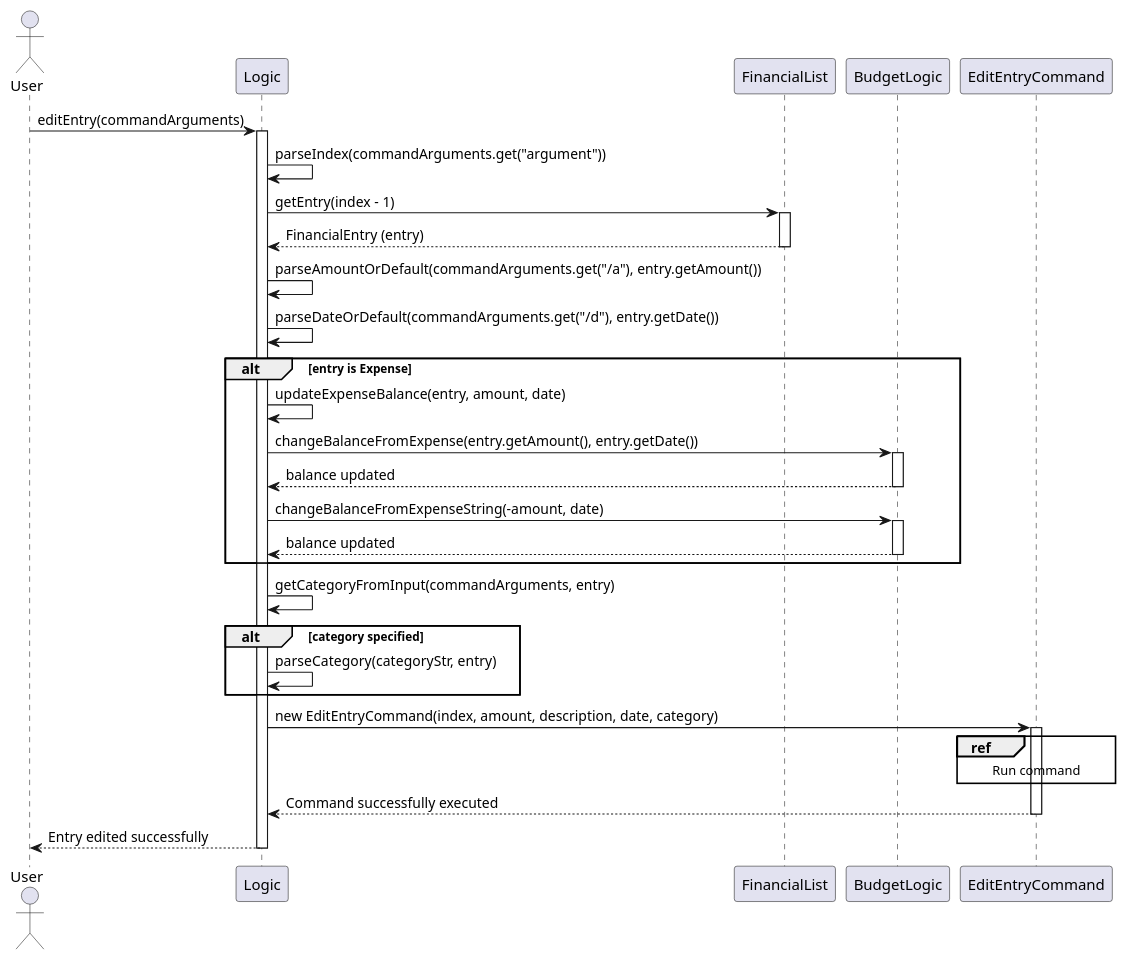
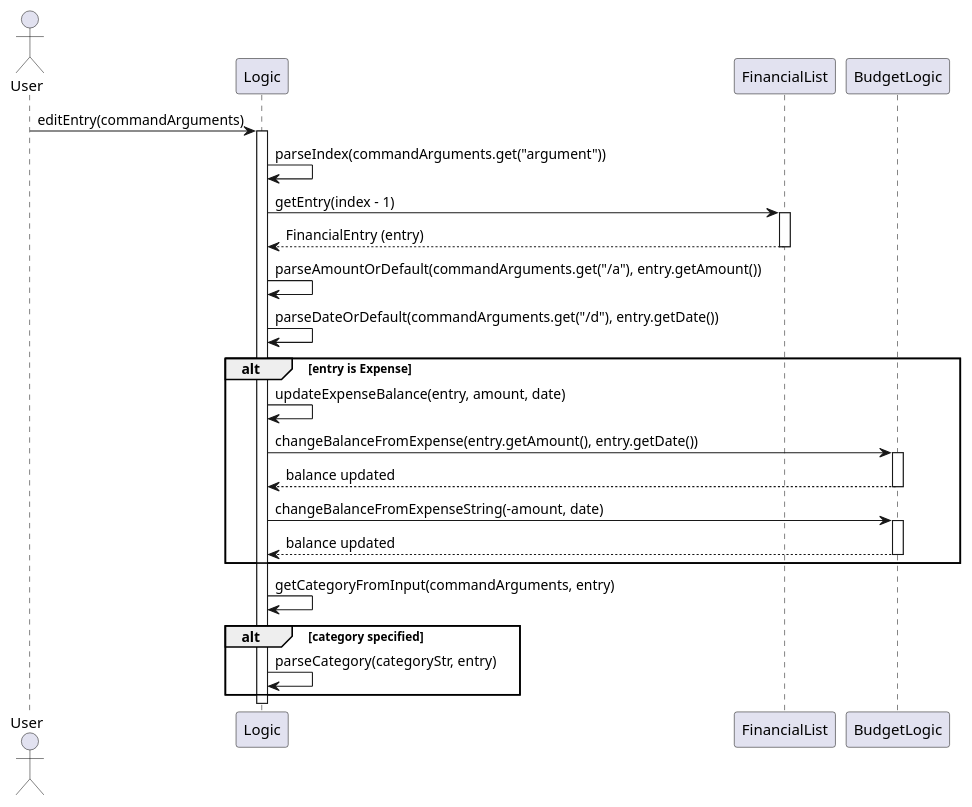
Before and after one commit to nus-cs2113-AY2425S1/tp: the first of 2 diagrams in docs/UML/LogicSequence.puml, drawn with PlantUML. The commit also changed 1 other file, not shown here.

Commit message:
Update logic sequence diagram

```diff
--- a/docs/UML/LogicSequence.puml
+++ b/docs/UML/LogicSequence.puml
@@ -1,40 +1,31 @@
 @startuml
 actor User
 User -> Logic : editEntry(commandArguments)
 activate Logic
 
 Logic -> Logic : parseIndex(commandArguments.get("argument"))
 Logic -> FinancialList : getEntry(index - 1)
 activate FinancialList
 FinancialList --> Logic : FinancialEntry (entry)
 deactivate FinancialList
 
 Logic -> Logic : parseAmountOrDefault(commandArguments.get("/a"), entry.getAmount())
 Logic -> Logic : parseDateOrDefault(commandArguments.get("/d"), entry.getDate())
 
 alt entry is Expense
     Logic -> Logic : updateExpenseBalance(entry, amount, date)
     Logic -> BudgetLogic : changeBalanceFromExpense(entry.getAmount(), entry.getDate())
     activate BudgetLogic
     BudgetLogic --> Logic : balance updated
     deactivate BudgetLogic
     Logic -> BudgetLogic : changeBalanceFromExpenseString(-amount, date)
     activate BudgetLogic
     BudgetLogic --> Logic : balance updated
     deactivate BudgetLogic
 end
 
 Logic -> Logic : getCategoryFromInput(commandArguments, entry)
 alt category specified
     Logic -> Logic : parseCategory(categoryStr, entry)
 end
-
-Logic -> EditEntryCommand : new EditEntryCommand(index, amount, description, date, category)
-activate EditEntryCommand
-ref over EditEntryCommand : Run command
-EditEntryCommand --> Logic : Command successfully executed
-deactivate EditEntryCommand
-
-Logic --> User : Entry edited successfully
-deactivate Logic
 @enduml
```
